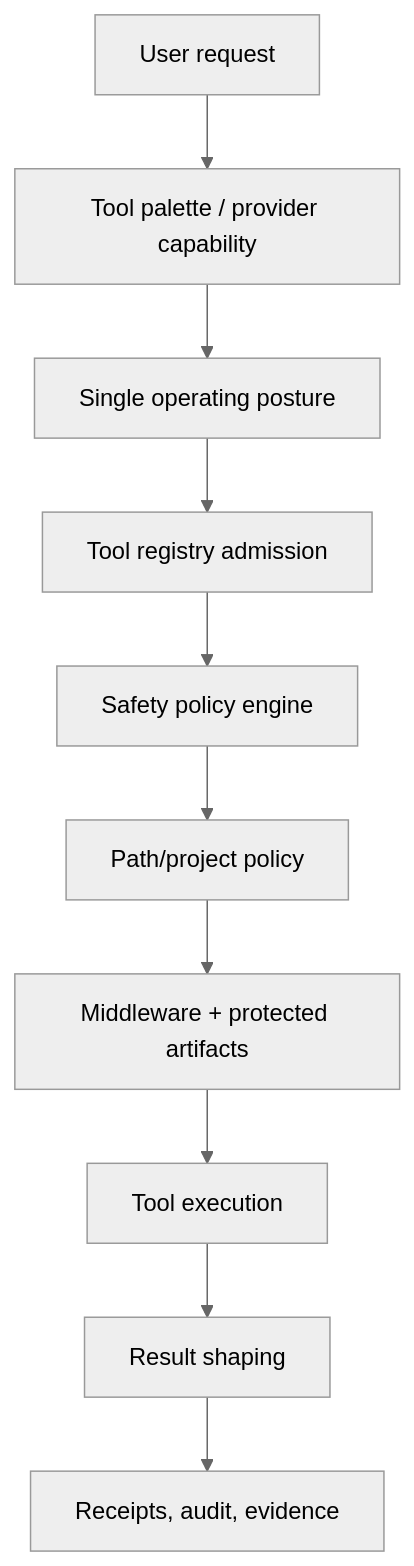
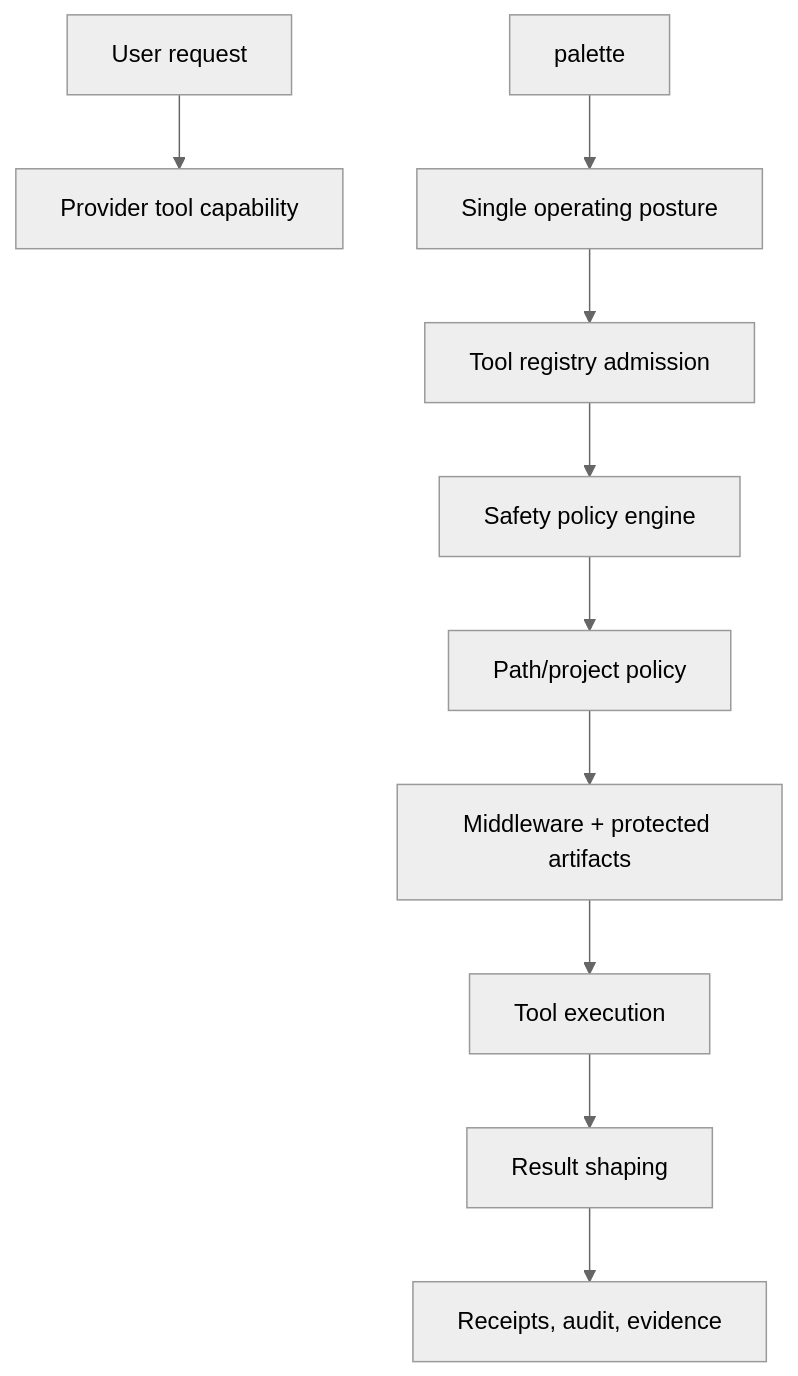
Before and after one commit to iowarp/clio-coder: the diagram in docs/safety-model.md, drawn with Mermaid (neutral theme). The commit also changed 8 other files, not shown here.

````diff
--- a/docs/safety-model.md
+++ b/docs/safety-model.md
@@ -14,12 +14,12 @@
 ```mermaid
 graph TD
-    user[User request] --> palette[Tool palette / provider capability]
+    user[User request] --> surface[Provider tool capability]
     palette --> posture[Single operating posture]
     posture --> registry[Tool registry admission]
     registry --> safety[Safety policy engine]
     safety --> path[Path/project policy]
     path --> middleware[Middleware + protected artifacts]
     middleware --> run[Tool execution]
     run --> shape[Result shaping]
     shape --> receipt[Receipts, audit, evidence]
 ```
````
